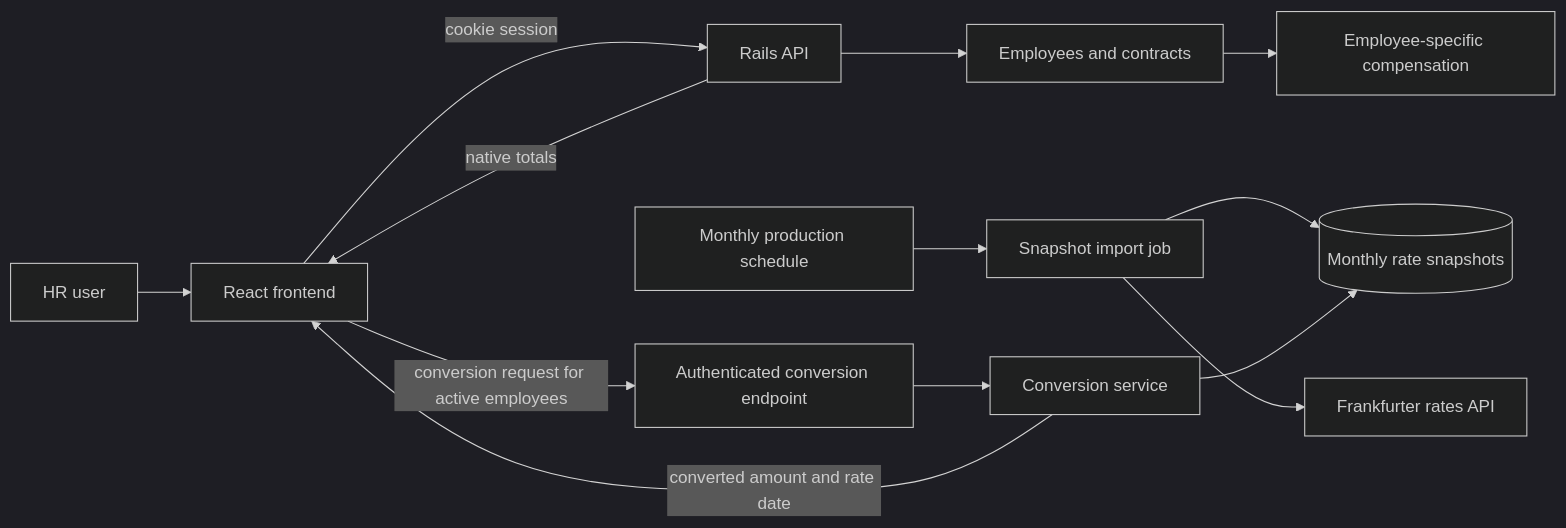
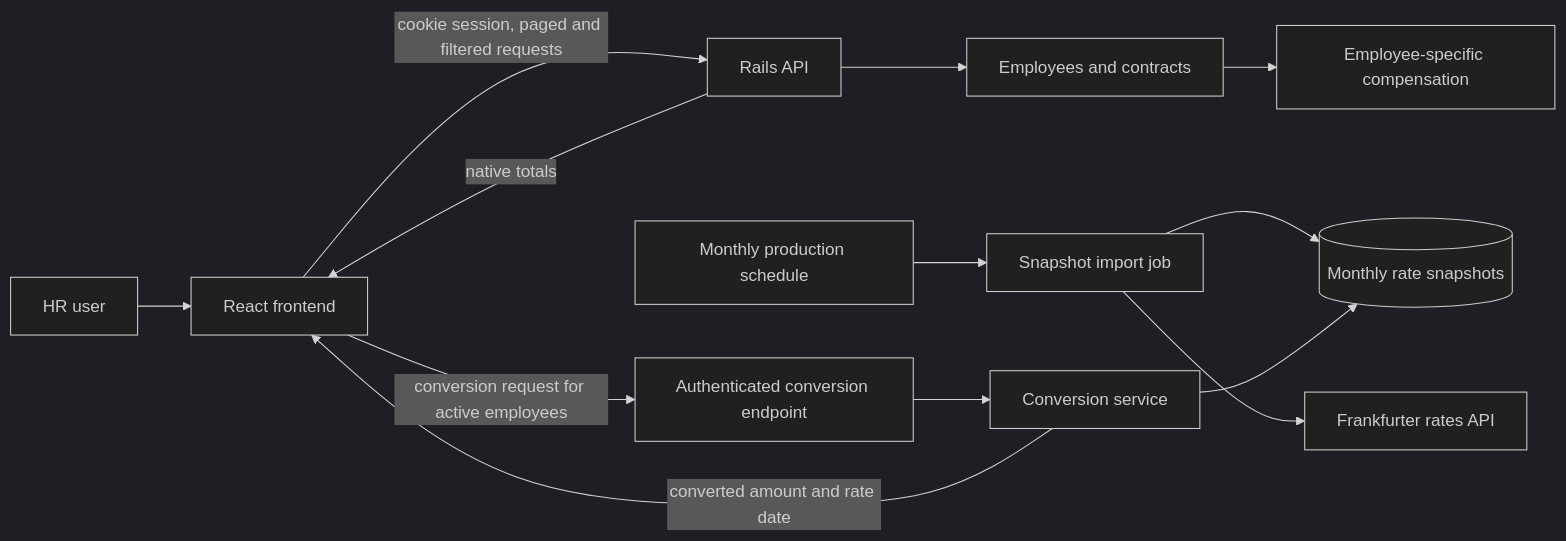
The first of 4 diagrams in docs/WORKFLOW-AND-OVERVIEW.md (senbinil/salary-manager), drawn with Mermaid (dark theme) before and after one commit. The commit also changed other lines of this file and 7 other files, not shown here.

First line of the commit message:
docs: correct the delivered state and add a schema diagram

````diff
--- a/docs/WORKFLOW-AND-OVERVIEW.md
+++ b/docs/WORKFLOW-AND-OVERVIEW.md
@@ -9,15 +9,15 @@
 ```mermaid
 flowchart LR
     User[HR user] --> UI[React frontend]
-    UI -->|cookie session| API[Rails API]
+    UI -->|cookie session, paged and filtered requests| API[Rails API]
     API --> EmployeeData[Employees and contracts]
     EmployeeData --> Comp[Employee-specific compensation]
     API -->|native totals| UI
     Scheduler[Monthly production schedule] --> Importer[Snapshot import job]
     Importer --> Provider[Frankfurter rates API]
     Importer --> Snapshots[(Monthly rate snapshots)]
     UI -->|conversion request for active employees| ConvertAPI[Authenticated conversion endpoint]
     ConvertAPI --> ConvertService[Conversion service]
     ConvertService --> Snapshots
     ConvertService -->|converted amount and rate date| UI
 ```
````
